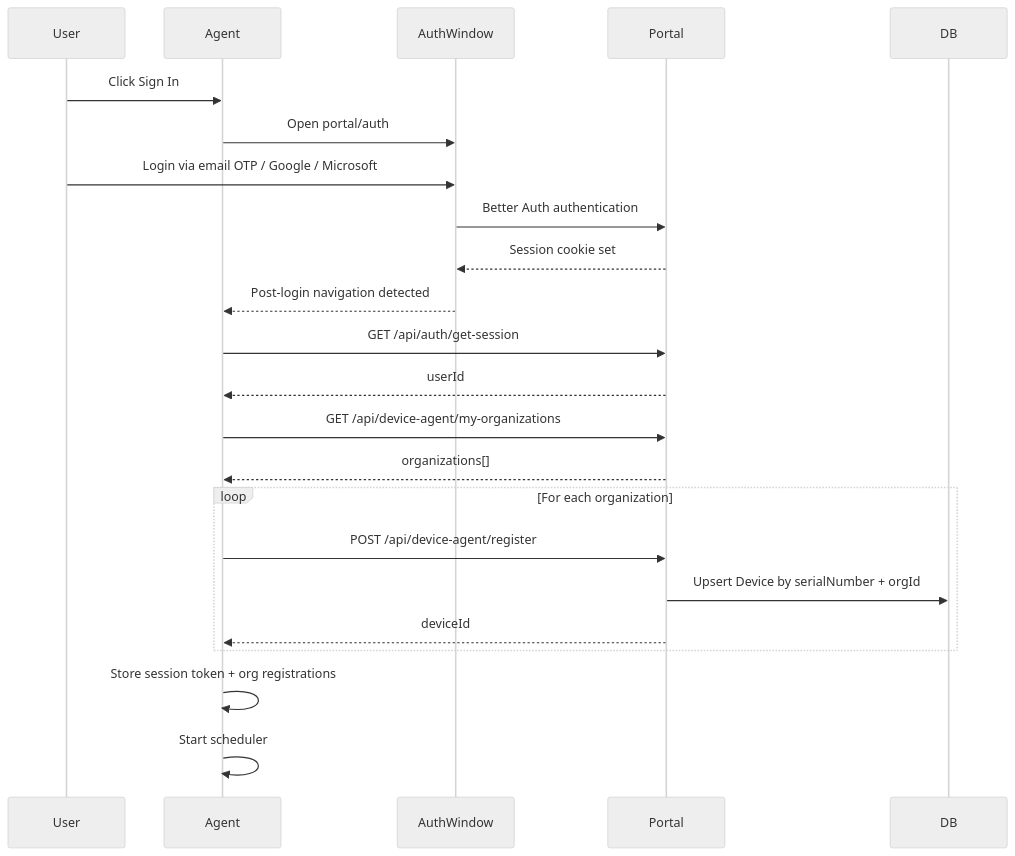
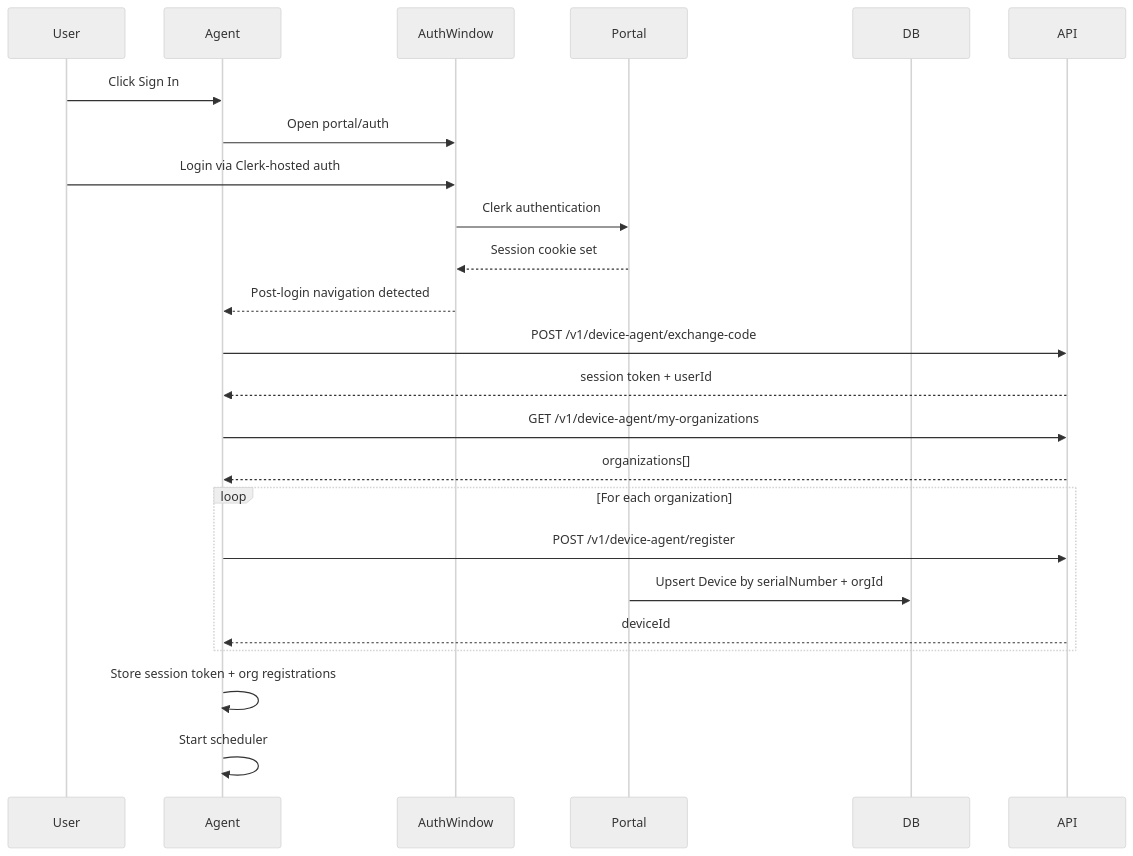
The third of 5 diagrams in packages/device-agent/SPEC.md (om-network/betayum), drawn with Mermaid (neutral theme) before and after one commit. The commit also changed other lines of this file and 65 other files, not shown here.

Commit message:
refactor(auth): retire better auth residue

````diff
--- a/packages/device-agent/SPEC.md
+++ b/packages/device-agent/SPEC.md
@@ -337,26 +337,26 @@
 ```mermaid
 sequenceDiagram
     participant User
     participant Agent
     participant AuthWindow
     participant Portal
     participant DB
 
     User->>Agent: Click Sign In
     Agent->>AuthWindow: Open portal/auth
-    User->>AuthWindow: Login via email OTP / Google / Microsoft
-    AuthWindow->>Portal: Better Auth authentication
+    User->>AuthWindow: Login via Clerk-hosted auth
+    AuthWindow->>Portal: Clerk authentication
     Portal-->>AuthWindow: Session cookie set
     AuthWindow-->>Agent: Post-login navigation detected
-    Agent->>Portal: GET /api/auth/get-session
-    Portal-->>Agent: userId
-    Agent->>Portal: GET /api/device-agent/my-organizations
-    Portal-->>Agent: organizations[]
+    Agent->>API: POST /v1/device-agent/exchange-code
+    API-->>Agent: session token + userId
+    Agent->>API: GET /v1/device-agent/my-organizations
+    API-->>Agent: organizations[]
     loop For each organization
-        Agent->>Portal: POST /api/device-agent/register
+        Agent->>API: POST /v1/device-agent/register
         Portal->>DB: Upsert Device by serialNumber + orgId
-        Portal-->>Agent: deviceId
+        API-->>Agent: deviceId
     end
     Agent->>Agent: Store session token + org registrations
     Agent->>Agent: Start scheduler
 ```
````
